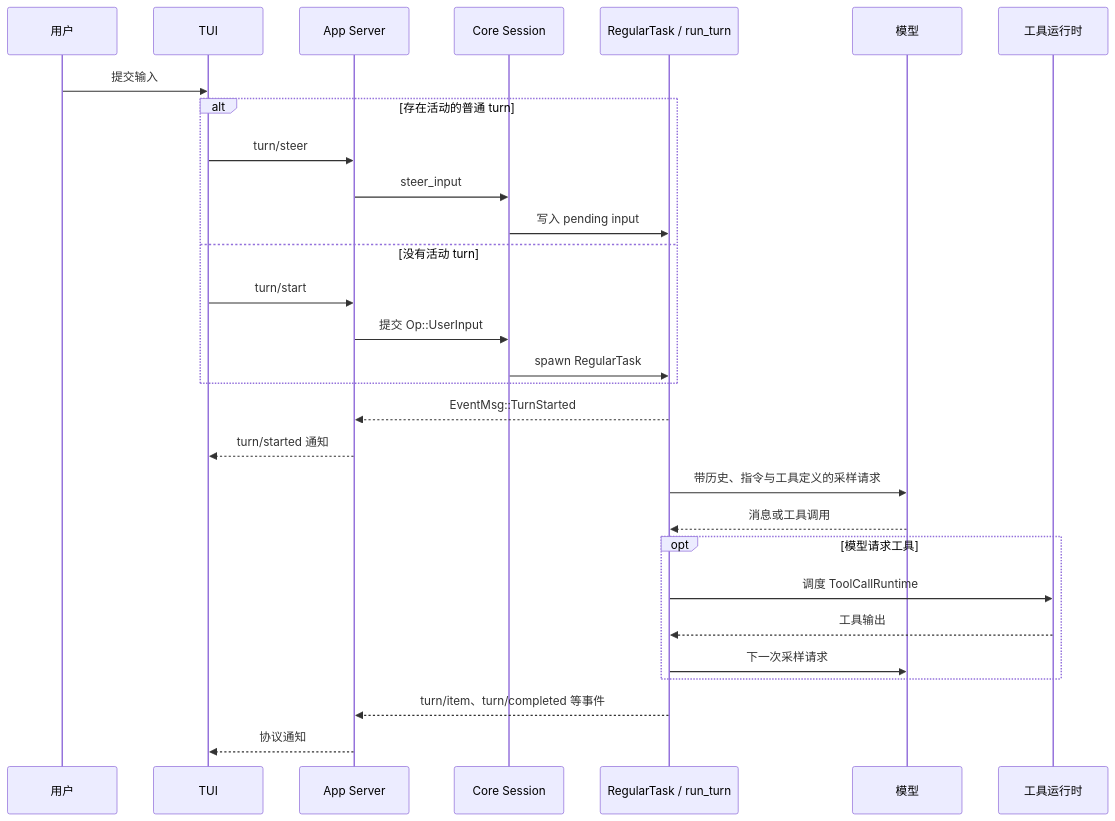
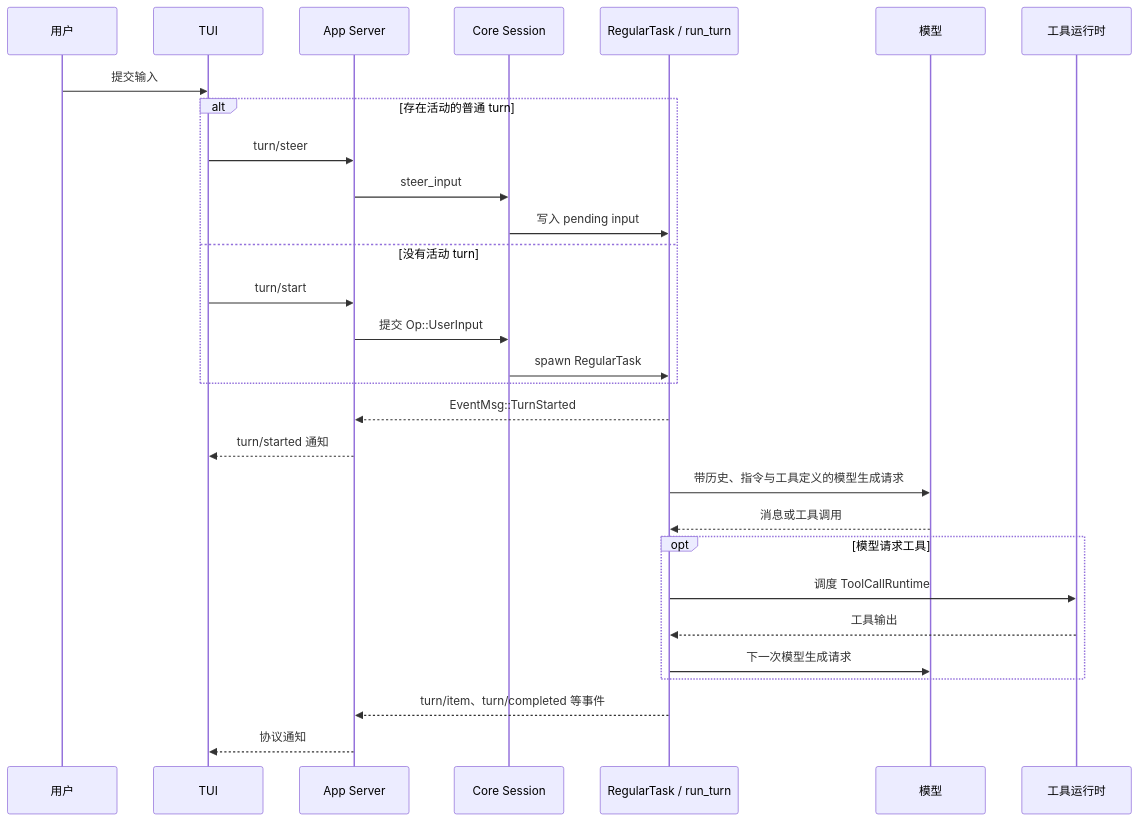
One commit to PrisonBreakPB/learn-codex changed the diagram in docs/02-agent-turn/README.md. Above: the diagram before and after it, drawn with Mermaid. The commit also changed other lines of this file and 12 other files, not shown here.

````diff
--- a/docs/02-agent-turn/README.md
+++ b/docs/02-agent-turn/README.md
@@ -20,32 +20,32 @@
 ```mermaid
 sequenceDiagram
     participant U as 用户
     participant T as TUI
     participant A as App Server
     participant S as Core Session
     participant R as RegularTask / run_turn
     participant M as 模型
     participant X as 工具运行时
 
     U->>T: 提交输入
     alt 存在活动的普通 turn
         T->>A: turn/steer
         A->>S: steer_input
         S->>R: 写入 pending input
     else 没有活动 turn
         T->>A: turn/start
         A->>S: 提交 Op::UserInput
         S->>R: spawn RegularTask
     end
     R-->>A: EventMsg::TurnStarted
     A-->>T: turn/started 通知
-    R->>M: 带历史、指令与工具定义的采样请求
+    R->>M: 带历史、指令与工具定义的模型生成请求
     M-->>R: 消息或工具调用
     opt 模型请求工具
         R->>X: 调度 ToolCallRuntime
         X-->>R: 工具输出
-        R->>M: 下一次采样请求
+        R->>M: 下一次模型生成请求
     end
     R-->>A: turn/item、turn/completed 等事件
     A-->>T: 协议通知
 ```
````
